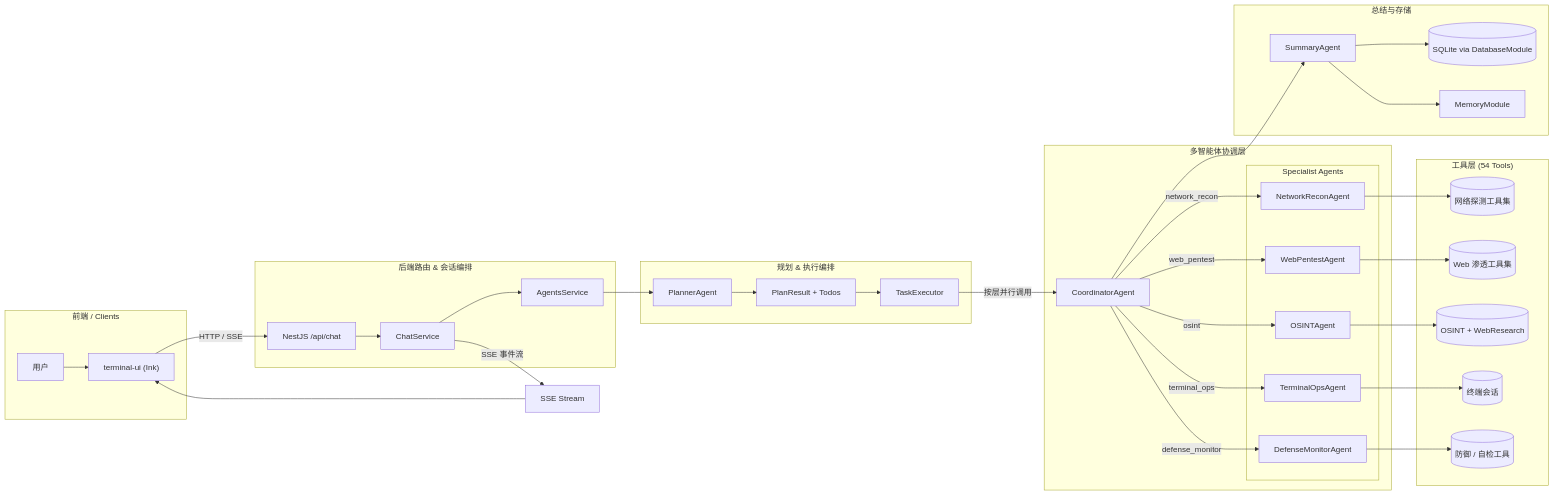
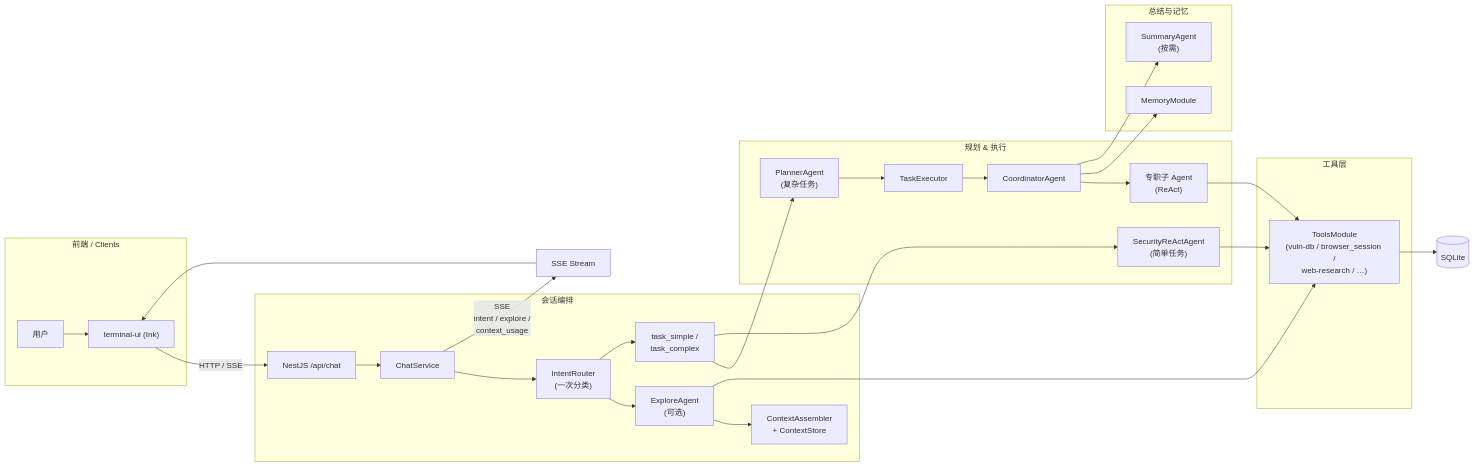
Before and after one commit to iammm0/secbot: the diagram in README_CN.md, drawn with Mermaid. The commit also changed other lines of this file and 3 other files, not shown here.

````diff
--- a/README_CN.md
+++ b/README_CN.md
@@ -60,63 +62,43 @@
 ```mermaid
 flowchart LR
   subgraph FrontendClients["前端 / Clients"]
     user[用户]
     tui["terminal-ui (Ink)"]
   end
 
   user --> tui
 
   tui -->|HTTP / SSE| api["NestJS /api/chat"]
 
-  subgraph BackendRouter["后端路由 & 会话编排"]
+  subgraph BackendRouter["会话编排"]
     api --> chatSvc["ChatService"]
-    chatSvc --> agentsSvc["AgentsService"]
+    chatSvc --> intent["IntentRouter\n(一次分类)"]
+    intent --> explore["ExploreAgent\n(可选)"]
+    explore --> ctx["ContextAssembler\n+ ContextStore"]
+    intent --> taskPath["task_simple /\ntask_complex"]
   end
 
-  subgraph PlanningExecution["规划 & 执行编排"]
-    agentsSvc --> planner["PlannerAgent"]
-    planner --> planResult["PlanResult + Todos"]
-    planResult --> executor["TaskExecutor"]
+  subgraph PlanningExecution["规划 & 执行"]
+    taskPath --> planner["PlannerAgent\n(复杂任务)"]
+    planner --> executor["TaskExecutor"]
+    taskPath --> react["SecurityReActAgent\n(简单任务)"]
+    executor --> coord["CoordinatorAgent"]
+    coord --> specialists["专职子 Agent\n(ReAct)"]
   end
 
-  subgraph AgentOrchestration["多智能体协调层"]
-    executor -->|"按层并行调用"| coord["CoordinatorAgent"]
-
-    subgraph SpecialistAgents["Specialist Agents"]
-      net[NetworkReconAgent]
-      webAgent[WebPentestAgent]
-      osint[OSINTAgent]
-      term[TerminalOpsAgent]
-      defend[DefenseMonitorAgent]
-    end
+  subgraph ToolsLayer["工具层"]
+    specialists --> toolsMod["ToolsModule\n(vuln-db / browser_session /\nweb-research / …)"]
+    explore --> toolsMod
+    react --> toolsMod
   end
 
-  coord -->|network_recon| net
-  coord -->|web_pentest| webAgent
-  coord -->|osint| osint
-  coord -->|terminal_ops| term
-  coord -->|defense_monitor| defend
+  toolsMod --> db[(SQLite)]
 
-  subgraph ToolsLayer["工具层 (54 Tools)"]
-    toolsNet[(网络探测工具集)]
-    toolsWeb[(Web 渗透工具集)]
-    toolsOsint[(OSINT + WebResearch)]
-    toolsTerm[(终端会话)]
-    toolsDef[(防御 / 自检工具)]
+  subgraph SummaryStorage["总结与记忆"]
+    coord --> memoryMod[MemoryModule]
+    coord --> summary["SummaryAgent\n(按需)"]
   end
 
-  net --> toolsNet
-  webAgent --> toolsWeb
-  osint --> toolsOsint
-  term --> toolsTerm
-  defend --> toolsDef
-
-  subgraph SummaryStorage["总结与存储"]
-    coord --> summary[SummaryAgent]
-    summary --> db[(SQLite via DatabaseModule)]
-    summary --> memoryMod[MemoryModule]
-  end
-
-  chatSvc -->|SSE 事件流| sse[SSE Stream]
+  chatSvc -->|SSE\nintent / explore /\ncontext_usage| sse[SSE Stream]
   sse --> tui
 ```
````
